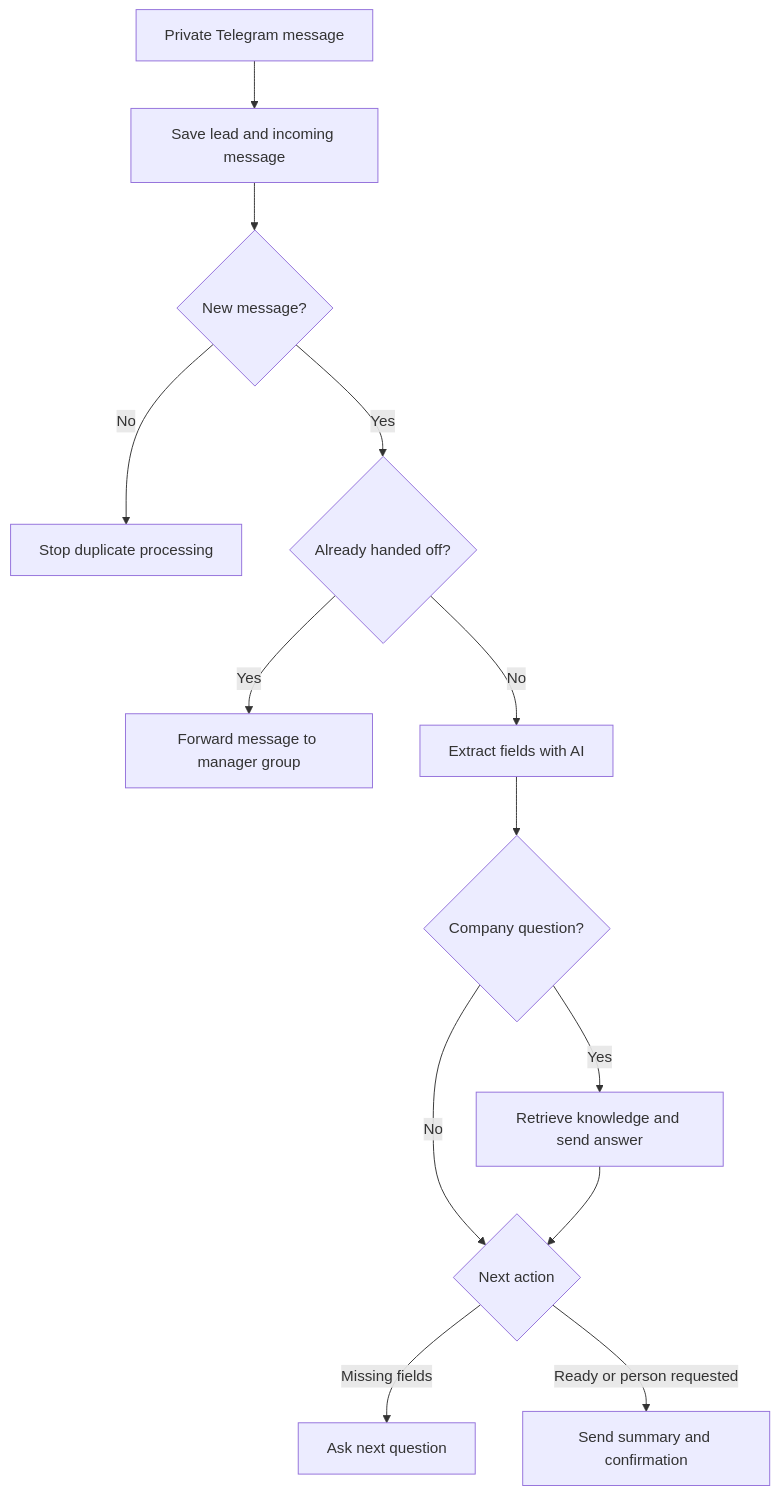
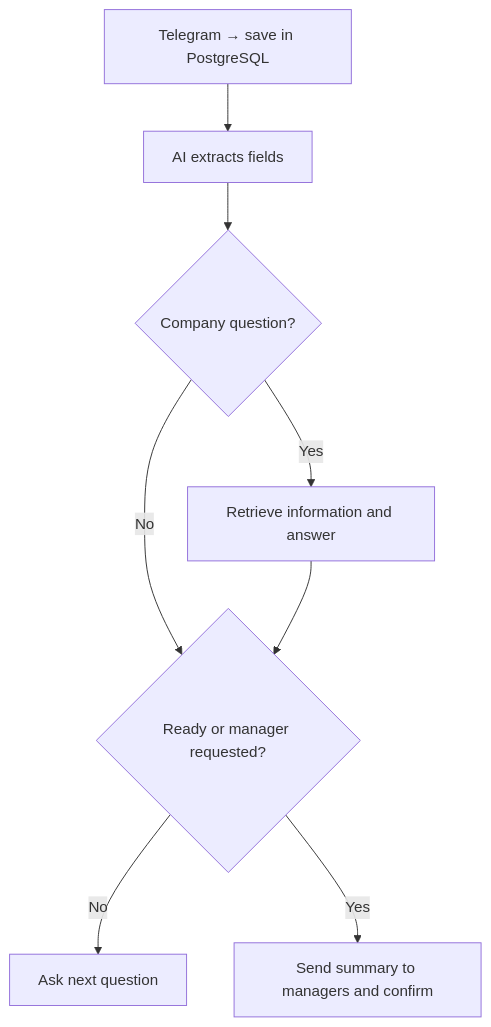
One commit to AlexZaytsev-ai/Lead-intake-handoff changed the diagram in README.md. Above: the diagram before and after it, drawn with Mermaid. The commit also changed other lines of this file and 1 other file, not shown here.

````diff
--- a/README.md
+++ b/README.md
@@ -29,15 +18,10 @@
 ```mermaid
 flowchart TD
-    A["Private Telegram message"] --> B["Save lead and incoming message"]
-    B --> C{"New message?"}
-    C -->|No| D["Stop duplicate processing"]
-    C -->|Yes| E{"Already handed off?"}
-    E -->|Yes| F["Forward message to manager group"]
-    E -->|No| G["Extract fields with AI"]
-    G --> H{"Company question?"}
-    H -->|Yes| I["Retrieve knowledge and send answer"]
-    H -->|No| J{"Next action"}
-    I --> J
-    J -->|Missing fields| K["Ask next question"]
-    J -->|Ready or person requested| L["Send summary and confirmation"]
+    A["Telegram → save in PostgreSQL"] --> B["AI extracts fields"]
+    B --> C{"Company question?"}
+    C -->|Yes| D["Retrieve information and answer"]
+    C -->|No| E{"Ready or manager requested?"}
+    D --> E
+    E -->|No| F["Ask next question"]
+    E -->|Yes| G["Send summary to managers and confirm"]
 ```
````
